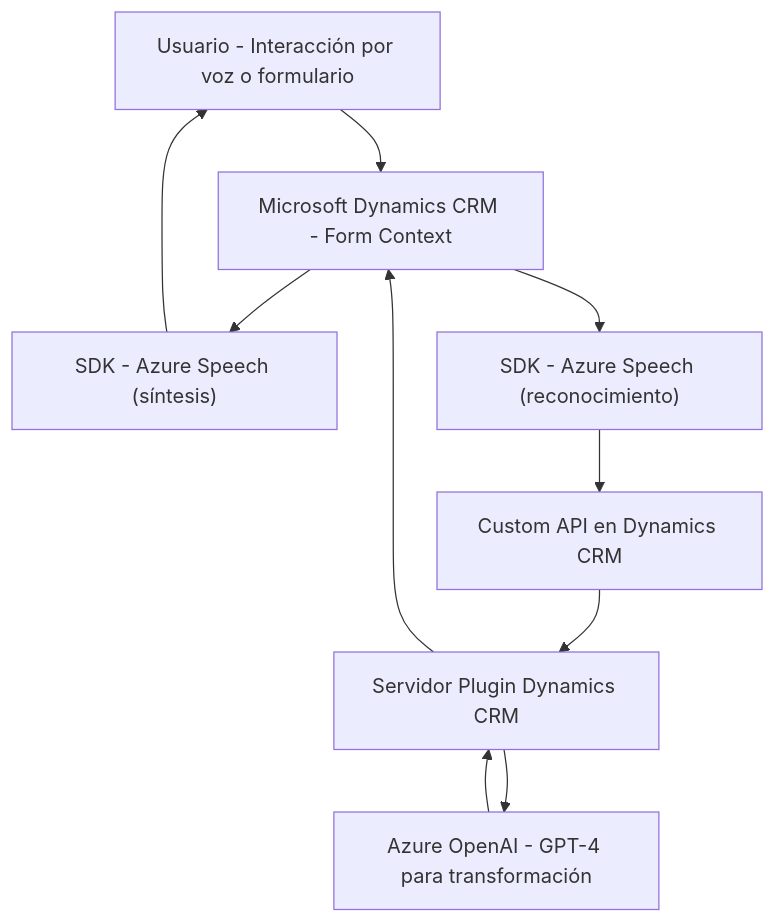
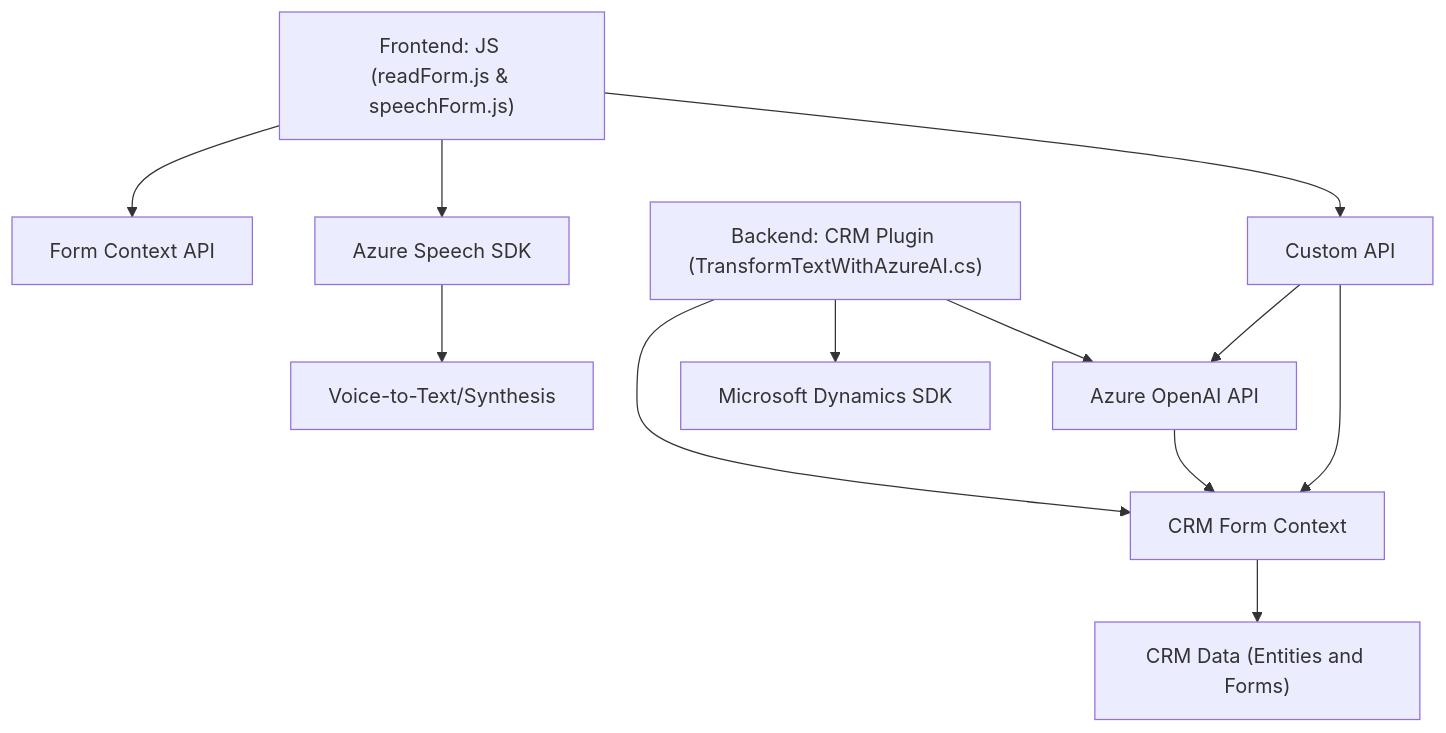
One commit to blopezdm/NETCORE_BILBAO2025 changed the diagram in README.md. Above: the diagram before and after it, drawn with Mermaid. The commit also changed other lines of this file, not shown here.

````diff
--- a/README.md
+++ b/README.md
@@ -50,20 +41,16 @@
 ```mermaid
 graph TD
-    A["Usuario - Interacción por voz o formulario"]
-    B["Microsoft Dynamics CRM - Form Context"]
-    C["SDK - Azure Speech (síntesis)"]
-    D["SDK - Azure Speech (reconocimiento)"]
-    E["Custom API en Dynamics CRM"]
-    F["Azure OpenAI - GPT-4 para transformación"]
-    G["Servidor Plugin Dynamics CRM"]
+    A["Frontend: JS (readForm.js & speechForm.js)"] --> B["Form Context API"]
+    A --> C["Azure Speech SDK"]
+    C --> D["Voice-to-Text/Synthesis"]
+    A --> E["Custom API"]
+    E --> F["Azure OpenAI API"]
+    E --> G["CRM Form Context"]
+    F --> G
     
-    A --> B
-    B --> C
-    B --> D
-    C --> A
-    D --> E
-    E --> G
-    G --> F
-    F --> G
-    G --> B
+    H["Backend: CRM Plugin (TransformTextWithAzureAI.cs)"] --> F
+    H --> G
+    H --> I["Microsoft Dynamics SDK"]
+    
+    G --> J["CRM Data (Entities and Forms)"]
 ```
````
